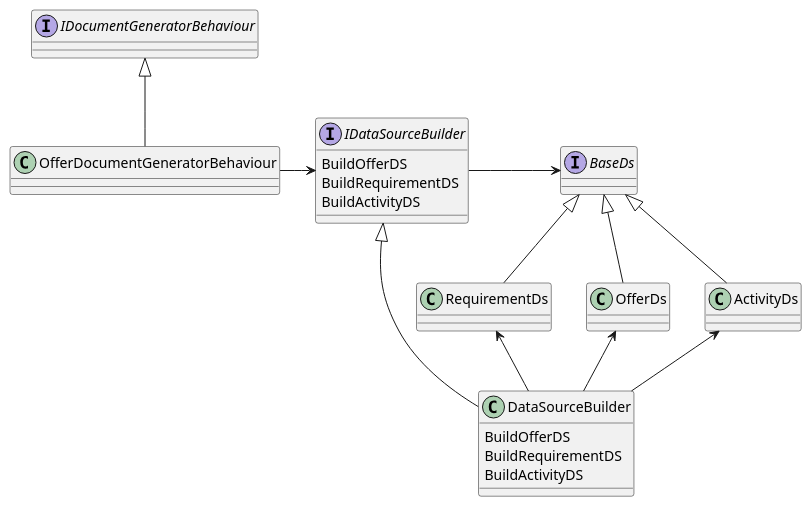
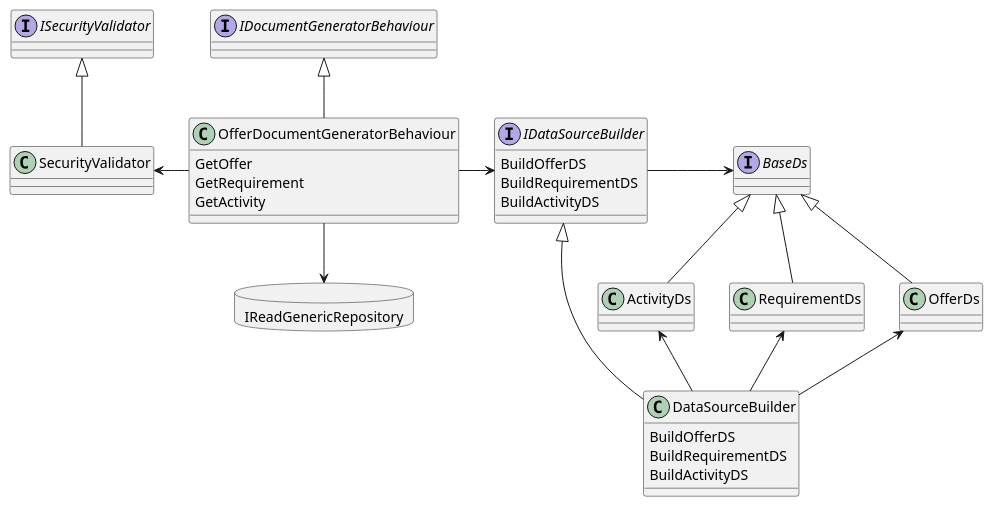
Before and after one commit to Kf-GaryNewport/Kf-GaryNewport.github.io: the diagram in assets/TemplateMasking.puml, drawn with PlantUML.

```diff
--- a/assets/TemplateMasking.puml
+++ b/assets/TemplateMasking.puml
@@ -1,28 +1,45 @@
 @startuml Template Masking
+
+allow_mixing
 
 Interface BaseDs
 BaseDs <|-- OfferDs
 BaseDs <|-- RequirementDs
 BaseDs <|-- ActivityDs
 
 Interface IDataSourceBuilder
 IDataSourceBuilder : BuildOfferDS
 IDataSourceBuilder : BuildRequirementDS
 IDataSourceBuilder : BuildActivityDS
 
 IDataSourceBuilder <|-- DataSourceBuilder
 IDataSourceBuilder -right-> BaseDs
 
 DataSourceBuilder : BuildOfferDS
 DataSourceBuilder : BuildRequirementDS
 DataSourceBuilder : BuildActivityDS
 
 DataSourceBuilder -up-> OfferDs
 DataSourceBuilder -up-> RequirementDs
 DataSourceBuilder -up-> ActivityDs
 
+OfferDocumentGeneratorBehaviour : GetOffer
+OfferDocumentGeneratorBehaviour : GetRequirement
+OfferDocumentGeneratorBehaviour : GetActivity
+
 Interface IDocumentGeneratorBehaviour
 IDocumentGeneratorBehaviour <|-- OfferDocumentGeneratorBehaviour
 OfferDocumentGeneratorBehaviour -right-> IDataSourceBuilder
 
+Interface ISecurityValidator
+ISecurityValidator <|-- SecurityValidator
+OfferDocumentGeneratorBehaviour -left-> SecurityValidator
+
+Database IReadGenericRepository
+OfferDocumentGeneratorBehaviour --> IReadGenericRepository
+
+'Interface IEntityValidator
+'IEntityValidator <|-- EntityValidator
+'OfferDocumentGeneratorBehaviour -left-> EntityValidator
+
 @enduml
```
